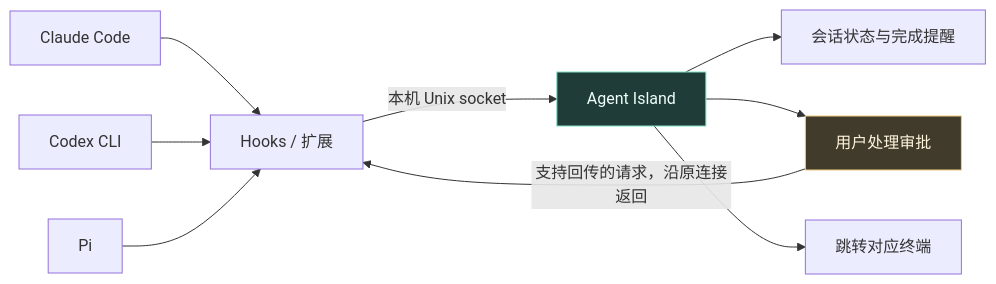
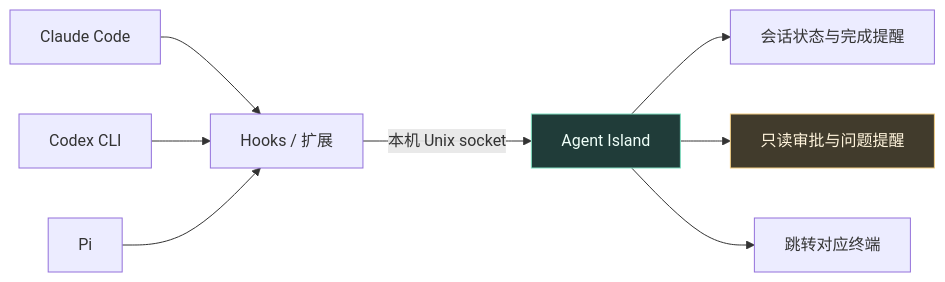
Before and after one commit to NotchL1118/AgentIsland: the diagram in README.md, drawn with Mermaid. The commit also changed other lines of this file and 26 other files, not shown here.

````diff
--- a/README.md
+++ b/README.md
@@ -26,13 +26,12 @@
 ```mermaid
 flowchart LR
     C[Claude Code] --> H[Hooks / 扩展]
     X[Codex CLI] --> H
     P[Pi] --> H
     H -->|本机 Unix socket| A[Agent Island]
     A --> S[会话状态与完成提醒]
-    A --> U[用户处理审批]
-    U -->|支持回传的请求，沿原连接返回| H
+    A --> U[只读审批与问题提醒]
     A --> T[跳转对应终端]
     style A fill:#203c39,stroke:#80dfc1,color:#effff9
     style U fill:#413b2c,stroke:#f1cc82,color:#fff4dc
 ```
````
